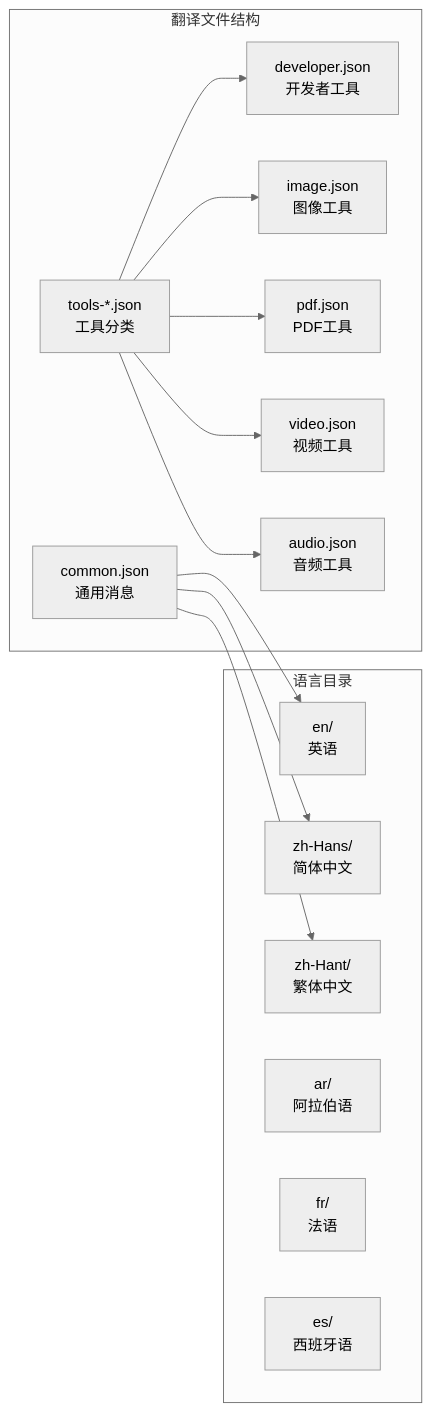
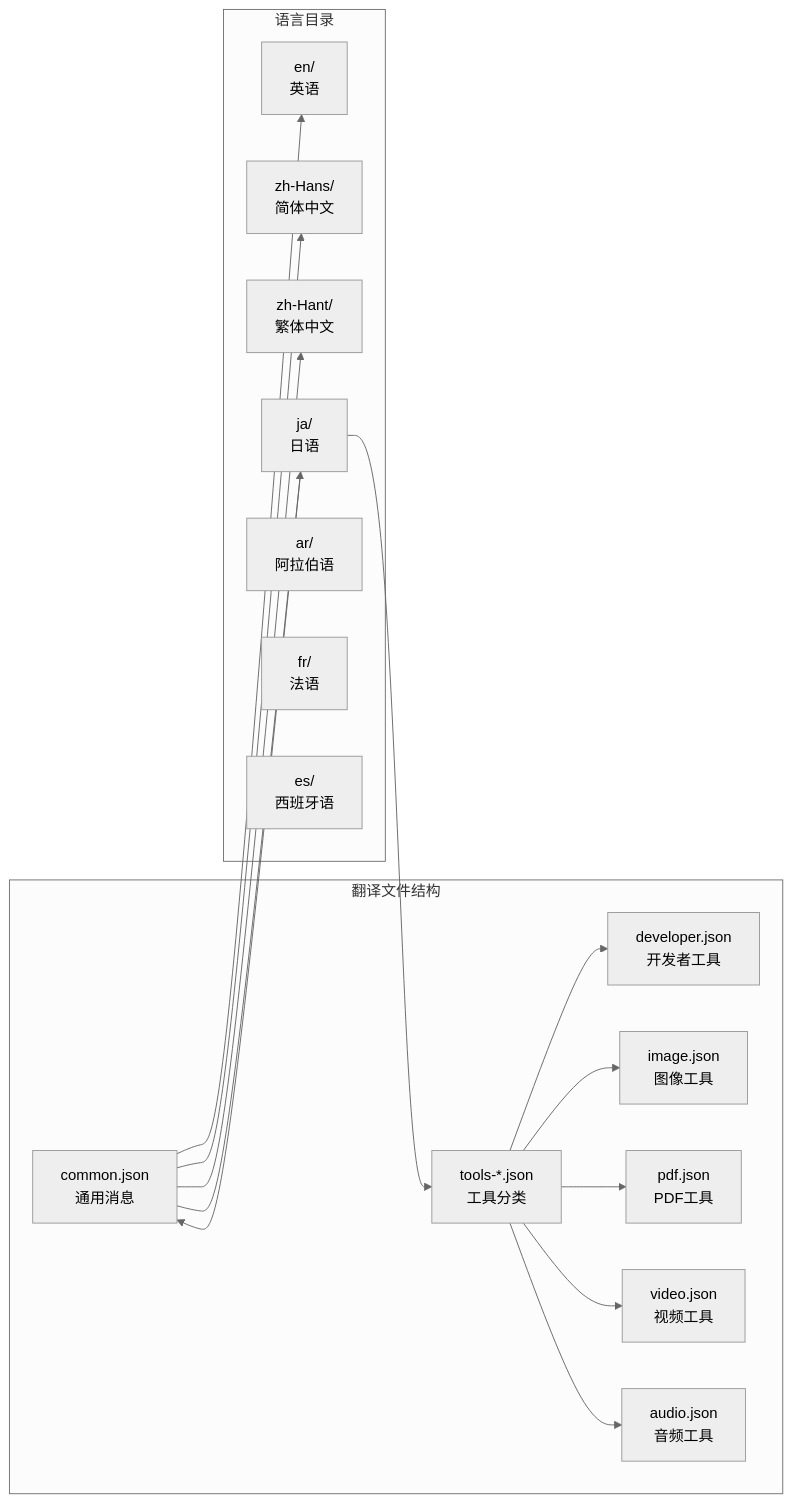
Before and after one commit to sgyy/privadeck: the third of 9 diagrams in .qoder/repowiki/zh/content/技术架构/国际化系统.md, drawn with Mermaid (neutral theme). The commit also changed other lines of this file and 2 other files, not shown here.

````diff
--- a/.qoder/repowiki/zh/content/技术架构/国际化系统.md
+++ b/.qoder/repowiki/zh/content/技术架构/国际化系统.md
@@ -158,28 +180,32 @@
 ```mermaid
 graph LR
 subgraph "翻译文件结构"
 A[common.json<br/>通用消息]
 B[tools-*.json<br/>工具分类]
 C[developer.json<br/>开发者工具]
 D[image.json<br/>图像工具]
 E[pdf.json<br/>PDF工具]
 F[video.json<br/>视频工具]
 G[audio.json<br/>音频工具]
 end
 subgraph "语言目录"
 H[en/<br/>英语]
 I[zh-Hans/<br/>简体中文]
 J[zh-Hant/<br/>繁体中文]
-K[ar/<br/>阿拉伯语]
-L[fr/<br/>法语]
-M[es/<br/>西班牙语]
+K[ja/<br/>日语]
+L[ar/<br/>阿拉伯语]
+M[fr/<br/>法语]
+N[es/<br/>西班牙语]
 end
 A --> H
 A --> I
 A --> J
+A --> K
 B --> C
 B --> D
 B --> E
 B --> F
 B --> G
+K --> A
+K --> B
 ```
````
